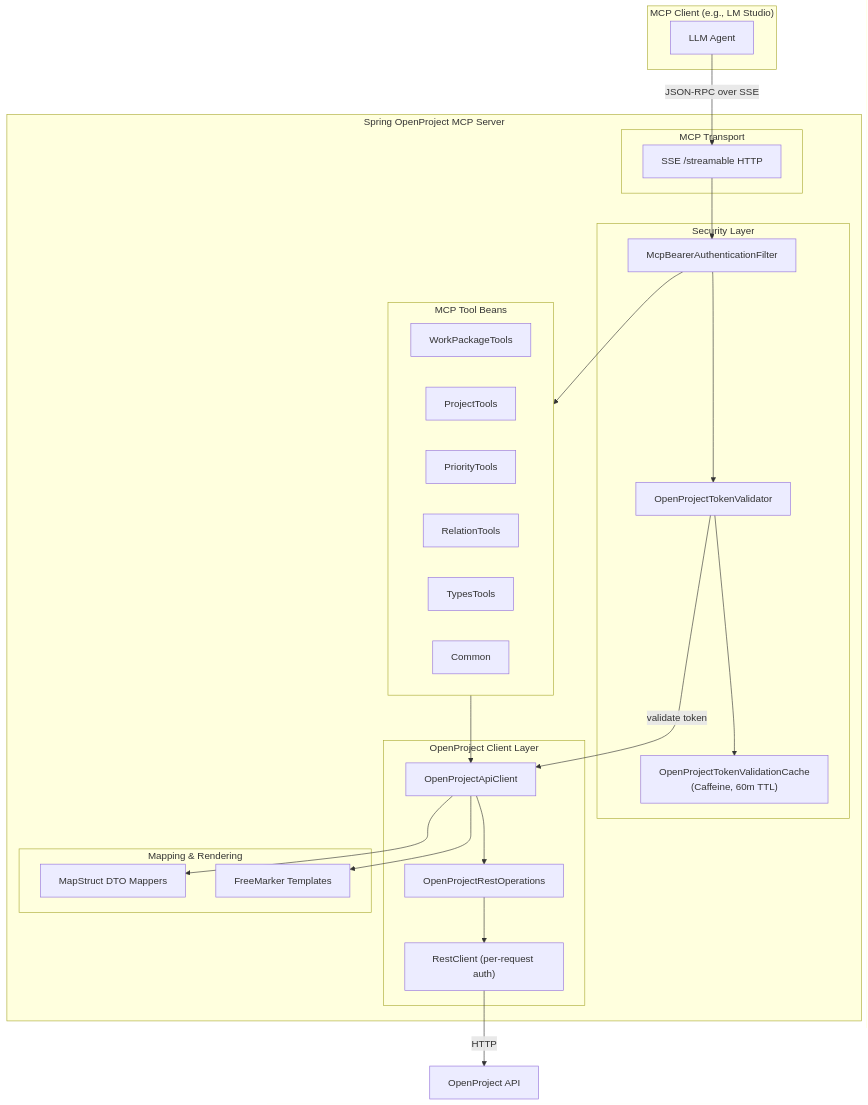
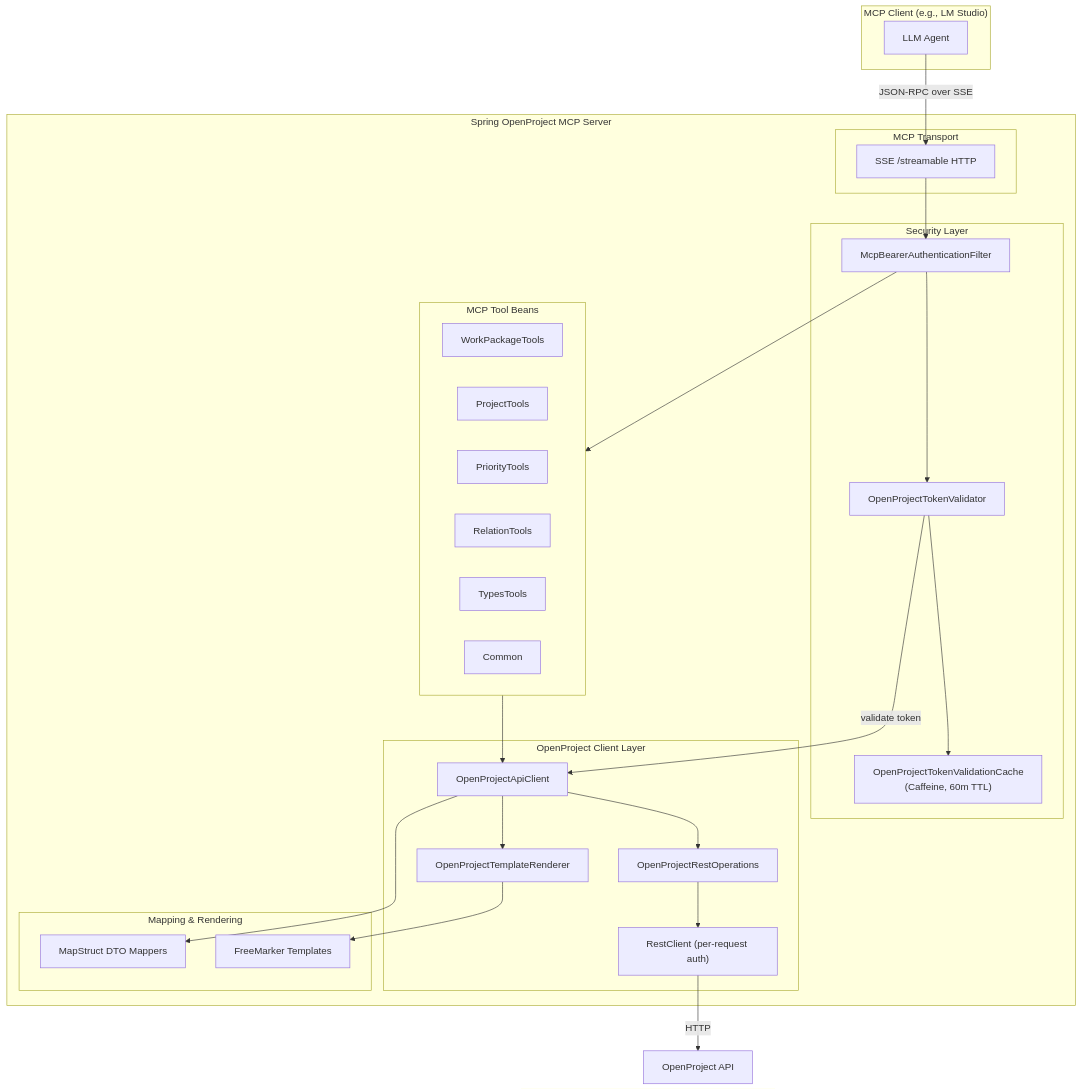
Before and after one commit to tmskln/spring-openproject-mcp-server: the first of 2 diagrams in openwiki/architecture/overview.md, drawn with Mermaid. The commit also changed other lines of this file and 13 other files, not shown here.

````diff
--- a/openwiki/architecture/overview.md
+++ b/openwiki/architecture/overview.md
@@ -97,47 +97,49 @@
 ```mermaid
 flowchart TD
     subgraph Client["MCP Client (e.g., LM Studio)"]
         C["LLM Agent"]
     end
 
     subgraph Server["Spring OpenProject MCP Server"]
         subgraph Transport["MCP Transport"]
             SSE["SSE /streamable HTTP"]
         end
         subgraph Security["Security Layer"]
             Filter["McpBearerAuthenticationFilter"]
             Validator["OpenProjectTokenValidator"]
             Cache["OpenProjectTokenValidationCache\n(Caffeine, 60m TTL)"]
         end
         subgraph Tools["MCP Tool Beans"]
             WP["WorkPackageTools"]
             PR["ProjectTools"]
             PT["PriorityTools"]
             RT["RelationTools"]
             TY["TypesTools"]
             CM["Common"]
         end
         subgraph ClientLayer["OpenProject Client Layer"]
             ApiClient["OpenProjectApiClient"]
             RestOps["OpenProjectRestOperations"]
-            RestClient["RestClient (per-request auth)"]
+            RestCli["RestClient (per-request auth)"]
+            TmplR["OpenProjectTemplateRenderer"]
         end
         subgraph Mapping["Mapping & Rendering"]
             Mappers["MapStruct DTO Mappers"]
             FTL["FreeMarker Templates"]
         end
     end
 
     C -->|JSON-RPC over SSE| SSE
     SSE --> Filter
     Filter --> Validator
     Validator --> Cache
     Validator -->|validate token| ApiClient
     Filter --> Tools
     Tools --> ApiClient
     ApiClient --> RestOps
-    RestOps --> RestClient
-    RestClient -->|HTTP| OP["OpenProject API"]
+    RestOps --> RestCli
+    RestCli -->|HTTP| OP["OpenProject API"]
+    ApiClient --> TmplR
+    TmplR --> FTL
     ApiClient --> Mappers
-    ApiClient --> FTL
 ```
````
